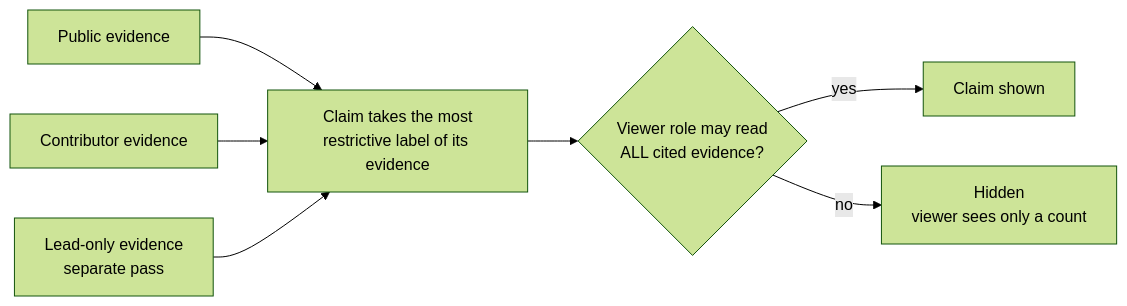
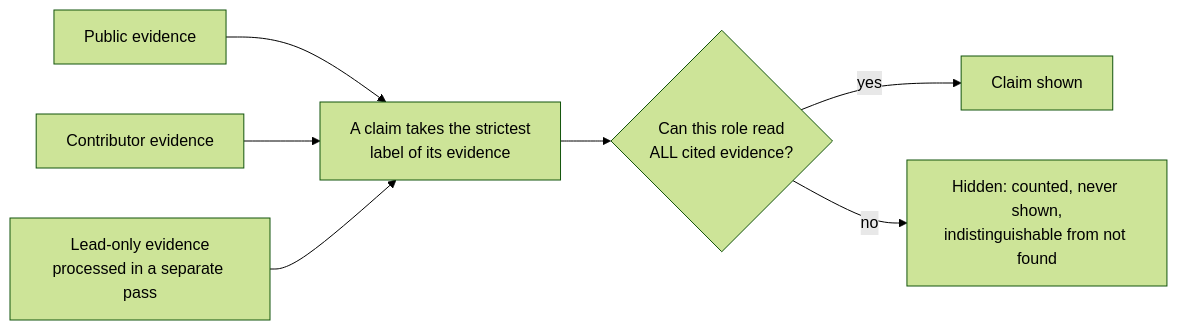
The fourth of 4 diagrams in README.md (PawanBhandari03/Continuum), drawn with Mermaid (forest theme) before and after one commit. The commit also changed other lines of this file and 1 other file, not shown here.

Commit message:
docs: README rewritten for Round 3 (judge path, three improvements delivered, measured results, diagrams); .env.example matches the real configuration

````diff
--- a/README.md
+++ b/README.md
@@ -99,9 +102,9 @@
 ```mermaid
 flowchart LR
-    E1[Public evidence] --> CL[Claim takes the most<br/>restrictive label of its evidence]
+    E1[Public evidence] --> CL[A claim takes the strictest<br/>label of its evidence]
     E2[Contributor evidence] --> CL
-    E3[Lead-only evidence<br/>separate pass] --> CL
-    CL --> R{Viewer role may read<br/>ALL cited evidence?}
-    R -- yes --> SHOW[Claim shown]
-    R -- no --> HID[Hidden<br/>viewer sees only a count]
+    E3[Lead-only evidence<br/>processed in a separate pass] --> CL
+    CL --> R{Can this role read<br/>ALL cited evidence?}
+    R -- yes --> S[Claim shown]
+    R -- no --> H[Hidden: counted, never shown,<br/>indistinguishable from not found]
 ```
````
